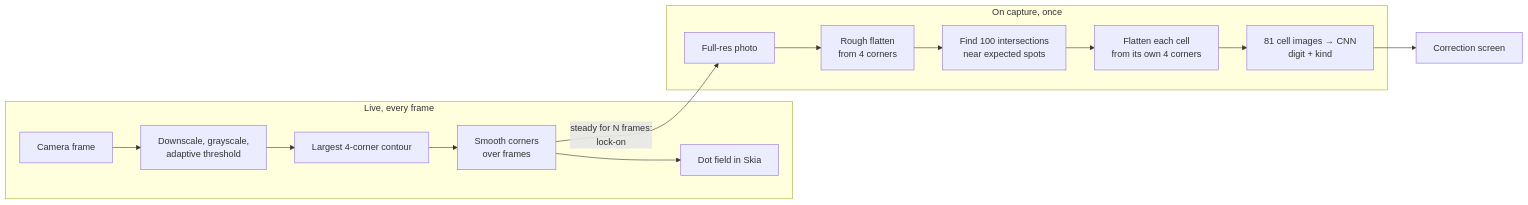
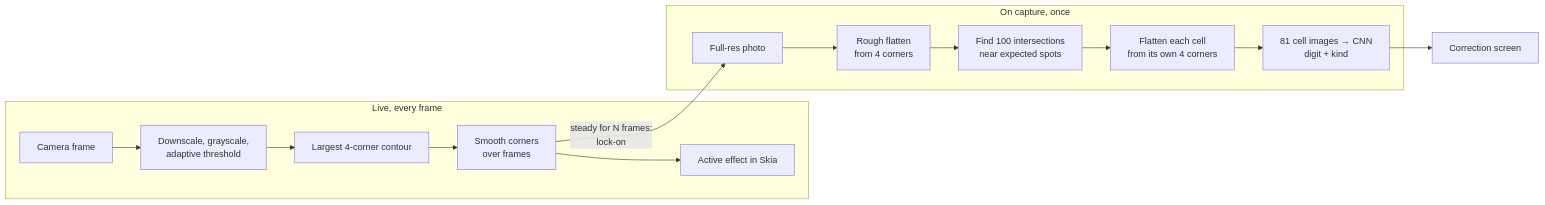
One commit to vandemaelefelix/sudoku changed the diagram in docs/architecture/00-concepts/scan-pipeline.md. Above: the diagram before and after it, drawn with Mermaid. The commit also changed other lines of this file and 5 other files, not shown here.

````diff
--- a/docs/architecture/00-concepts/scan-pipeline.md
+++ b/docs/architecture/00-concepts/scan-pipeline.md
@@ -27,17 +27,17 @@
 ```mermaid
 flowchart LR
     subgraph live["Live, every frame"]
         f["Camera frame"] --> d["Downscale, grayscale,<br>adaptive threshold"]
         d --> q["Largest 4-corner contour"]
         q --> s["Smooth corners<br>over frames"]
-        s --> o["Dot field in Skia"]
+        s --> o["Active effect in Skia"]
     end
     subgraph cap["On capture, once"]
         p["Full-res photo"] --> w["Rough flatten<br>from 4 corners"]
         w --> i["Find 100 intersections<br>near expected spots"]
         i --> c["Flatten each cell<br>from its own 4 corners"]
         c --> m["81 cell images → CNN<br>digit + kind"]
     end
     s -->|steady for N frames:<br>lock-on| p
     m --> r["Correction screen"]
 ```
````
